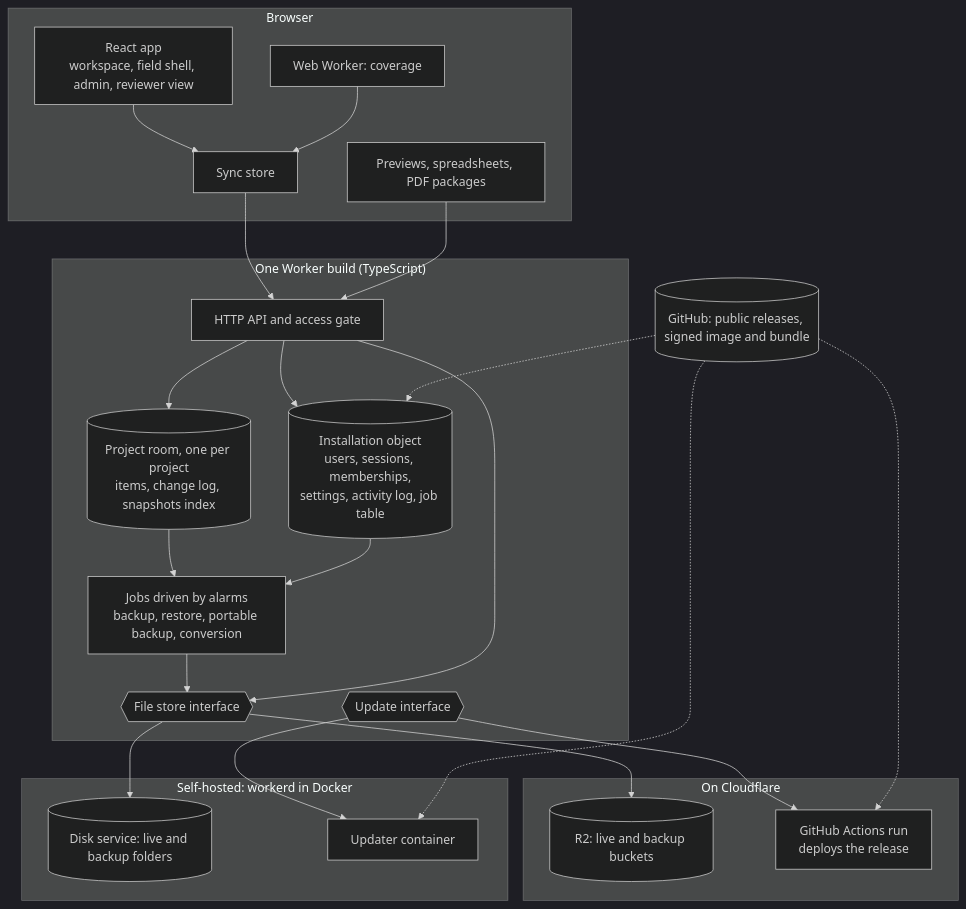
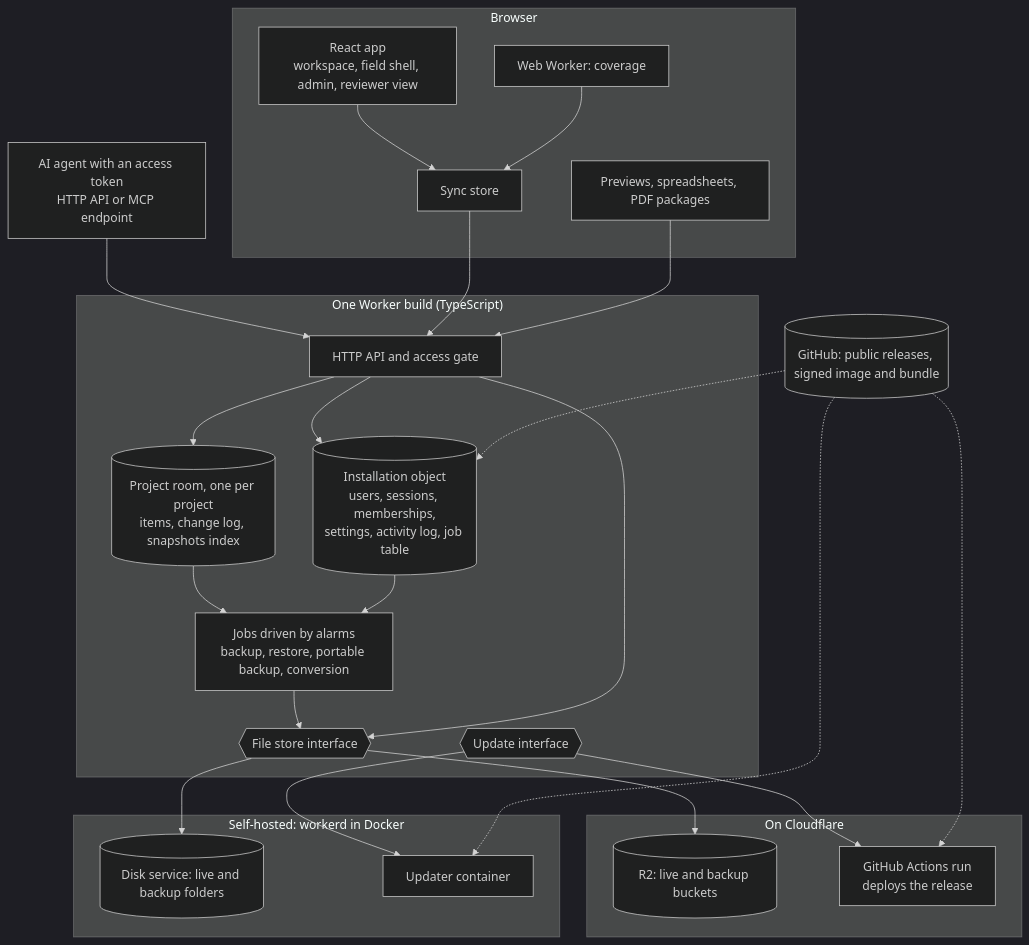
The diagram in _bmad-output/planning-artifacts/architecture/architecture-PhySecDesign-2026-11-18/architecture.md (kingbentley/PhySecDesign), drawn with Mermaid (dark theme) before and after one commit. The commit also changed other lines of this file and 25 other files, not shown here.

````diff
--- a/_bmad-output/planning-artifacts/architecture/architecture-PhySecDesign-2026-11-18/architecture.md
+++ b/_bmad-output/planning-artifacts/architecture/architecture-PhySecDesign-2026-11-18/architecture.md
@@ -71,41 +73,42 @@
 ```mermaid
 flowchart TB
   subgraph Browser
     UI[React app<br/>workspace, field shell, admin, reviewer view]
     Store[Sync store]
     Calc[Web Worker: coverage]
     Files[Previews, spreadsheets, PDF packages]
   end
   subgraph Server["One Worker build (TypeScript)"]
     API[HTTP API and access gate]
     Inst[(Installation object<br/>users, sessions, memberships,<br/>settings, activity log, job table)]
     Room[(Project room, one per project<br/>items, change log, snapshots index)]
     Jobs[Jobs driven by alarms<br/>backup, restore, portable backup, conversion]
     FS{{File store interface}}
     Upd{{Update interface}}
   end
   subgraph CF["On Cloudflare"]
     R2[(R2: live and backup buckets)]
     GHA[GitHub Actions run<br/>deploys the release]
   end
   subgraph Self["Self-hosted: workerd in Docker"]
     Disk[(Disk service: live and backup folders)]
     Updater[Updater container]
   end
+  Agent[AI agent with an access token<br/>HTTP API or MCP endpoint] --> API
   UI --> Store --> API
   Calc --> Store
   Files --> API
   API --> Inst
   API --> Room
   Room --> Jobs
   Inst --> Jobs
   Jobs --> FS
   API --> FS
   FS --> R2
   FS --> Disk
   Upd --> GHA
   Upd --> Updater
   GH[(GitHub: public releases, signed image and bundle)] -.-> Inst
   GH -.-> Updater
   GH -.-> GHA
 ```
````
